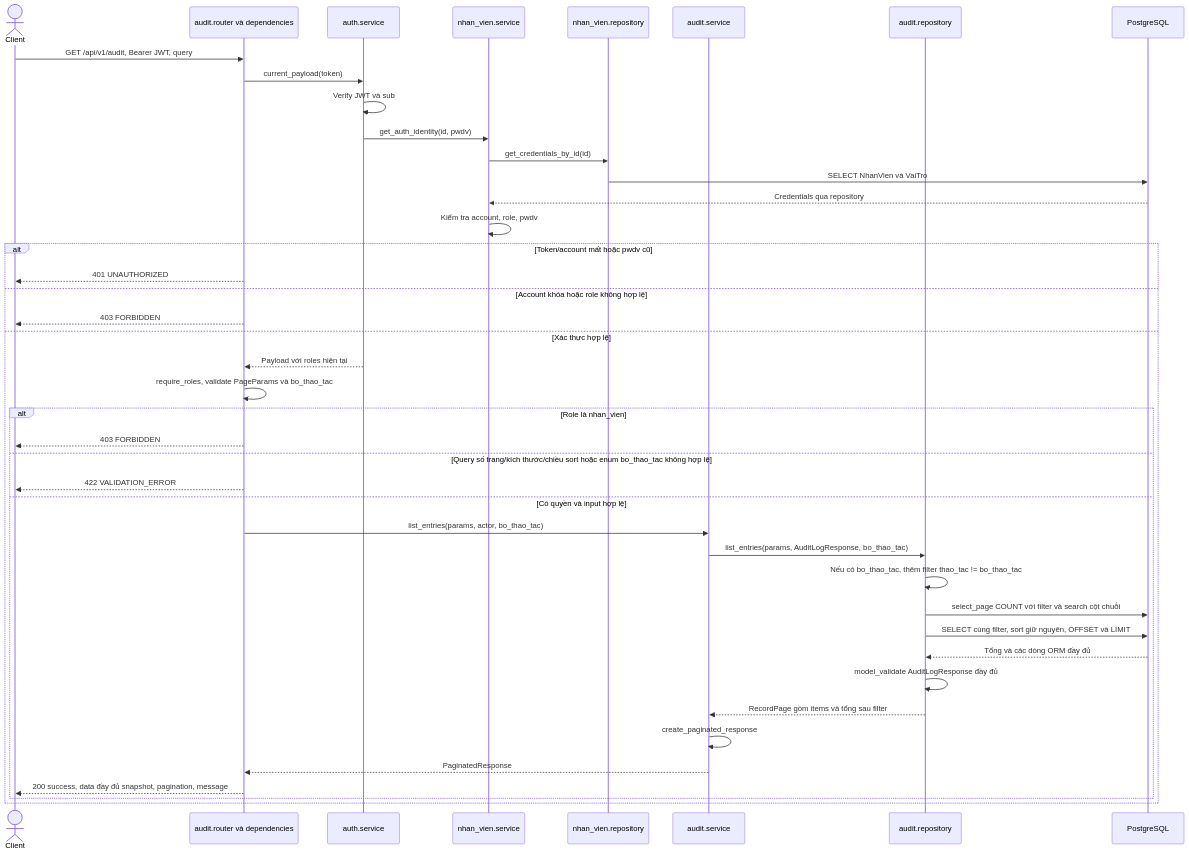
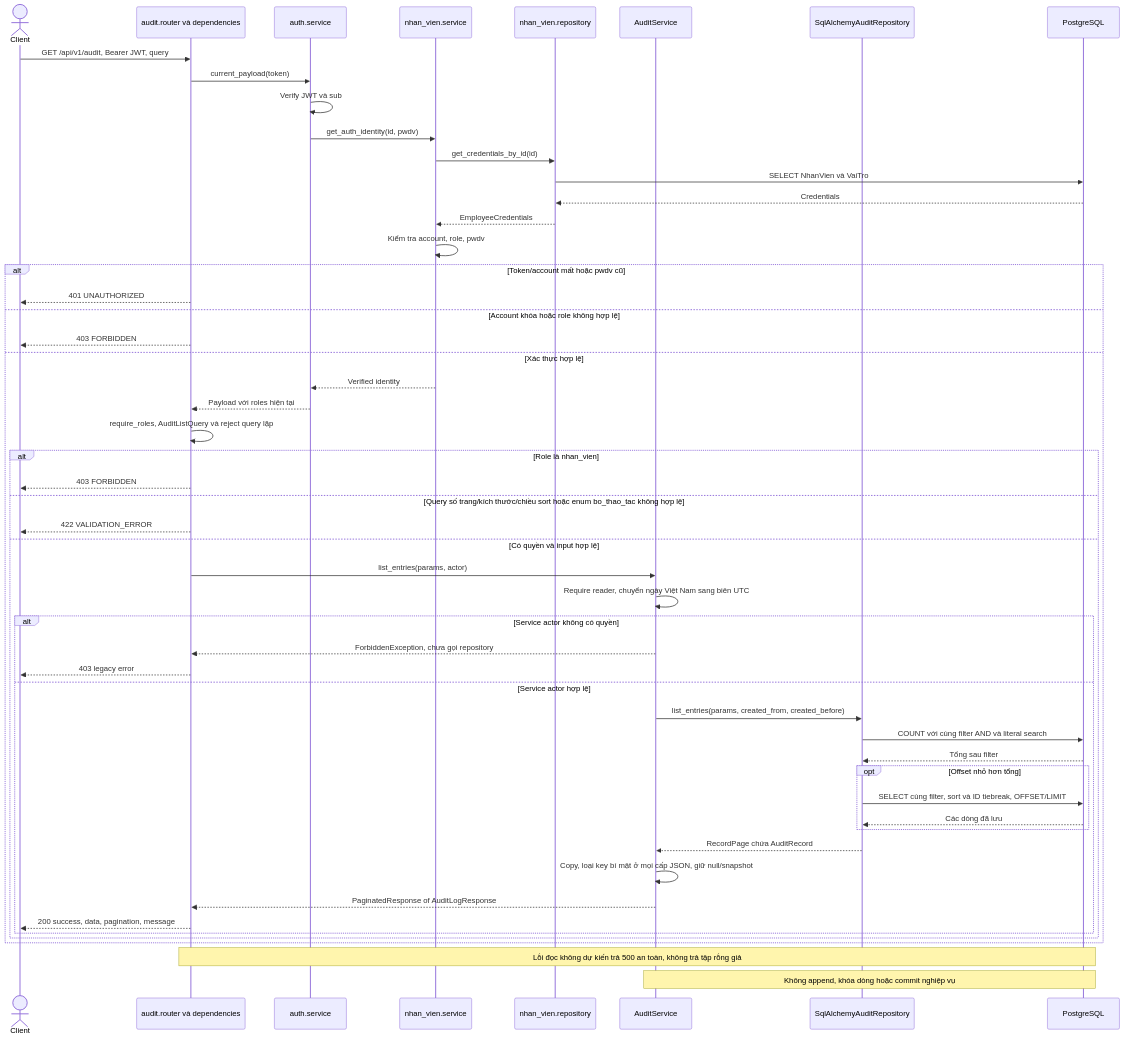
The first of 2 diagrams in docs/sequence/audit.md (thanhklt/xbike-mrp-system), drawn with Mermaid before and after one commit. The commit also changed other lines of this file and 14 other files, not shown here.

````diff
--- a/docs/sequence/audit.md
+++ b/docs/sequence/audit.md
@@ -10,44 +12,55 @@
 ```mermaid
 sequenceDiagram
     actor C as Client
     participant R as audit.router và dependencies
     participant A as auth.service
     participant N as nhan_vien.service
     participant NP as nhan_vien.repository
-    participant S as audit.service
-    participant P as audit.repository
+    participant S as AuditService
+    participant P as SqlAlchemyAuditRepository
     participant DB as PostgreSQL
     C->>R: GET /api/v1/audit, Bearer JWT, query
     R->>A: current_payload(token)
     A->>A: Verify JWT và sub
     A->>N: get_auth_identity(id, pwdv)
     N->>NP: get_credentials_by_id(id)
     NP->>DB: SELECT NhanVien và VaiTro
-    DB-->>N: Credentials qua repository
+    DB-->>NP: Credentials
+    NP-->>N: EmployeeCredentials
     N->>N: Kiểm tra account, role, pwdv
     alt Token/account mất hoặc pwdv cũ
         R-->>C: 401 UNAUTHORIZED
     else Account khóa hoặc role không hợp lệ
         R-->>C: 403 FORBIDDEN
     else Xác thực hợp lệ
+        N-->>A: Verified identity
         A-->>R: Payload với roles hiện tại
-        R->>R: require_roles, validate PageParams và bo_thao_tac
+        R->>R: require_roles, AuditListQuery và reject query lặp
         alt Role là nhan_vien
             R-->>C: 403 FORBIDDEN
         else Query số trang/kích thước/chiều sort hoặc enum bo_thao_tac không hợp lệ
             R-->>C: 422 VALIDATION_ERROR
         else Có quyền và input hợp lệ
-            R->>S: list_entries(params, actor, bo_thao_tac)
-            S->>P: list_entries(params, AuditLogResponse, bo_thao_tac)
-            P->>P: Nếu có bo_thao_tac, thêm filter thao_tac != bo_thao_tac
-            P->>DB: select_page COUNT với filter và search cột chuỗi
-            P->>DB: SELECT cùng filter, sort giữ nguyên, OFFSET và LIMIT
-            DB-->>P: Tổng và các dòng ORM đầy đủ
-            P->>P: model_validate AuditLogResponse đầy đủ
-            P-->>S: RecordPage gồm items và tổng sau filter
-            S->>S: create_paginated_response
-            S-->>R: PaginatedResponse
-            R-->>C: 200 success, data đầy đủ snapshot, pagination, message
+            R->>S: list_entries(params, actor)
+            S->>S: Require reader, chuyển ngày Việt Nam sang biên UTC
+            alt Service actor không có quyền
+                S-->>R: ForbiddenException, chưa gọi repository
+                R-->>C: 403 legacy error
+            else Service actor hợp lệ
+                S->>P: list_entries(params, created_from, created_before)
+                P->>DB: COUNT với cùng filter AND và literal search
+                DB-->>P: Tổng sau filter
+                opt Offset nhỏ hơn tổng
+                    P->>DB: SELECT cùng filter, sort và ID tiebreak, OFFSET/LIMIT
+                    DB-->>P: Các dòng đã lưu
+                end
+                P-->>S: RecordPage chứa AuditRecord
+                S->>S: Copy, loại key bí mật ở mọi cấp JSON, giữ null/snapshot
+                S-->>R: PaginatedResponse of AuditLogResponse
+                R-->>C: 200 success, data, pagination, message
+            end
         end
     end
+    Note over R,DB: Lỗi đọc không dự kiến trả 500 an toàn, không trả tập rỗng giả
+    Note over S,DB: Không append, khóa dòng hoặc commit nghiệp vụ
 ```
````
